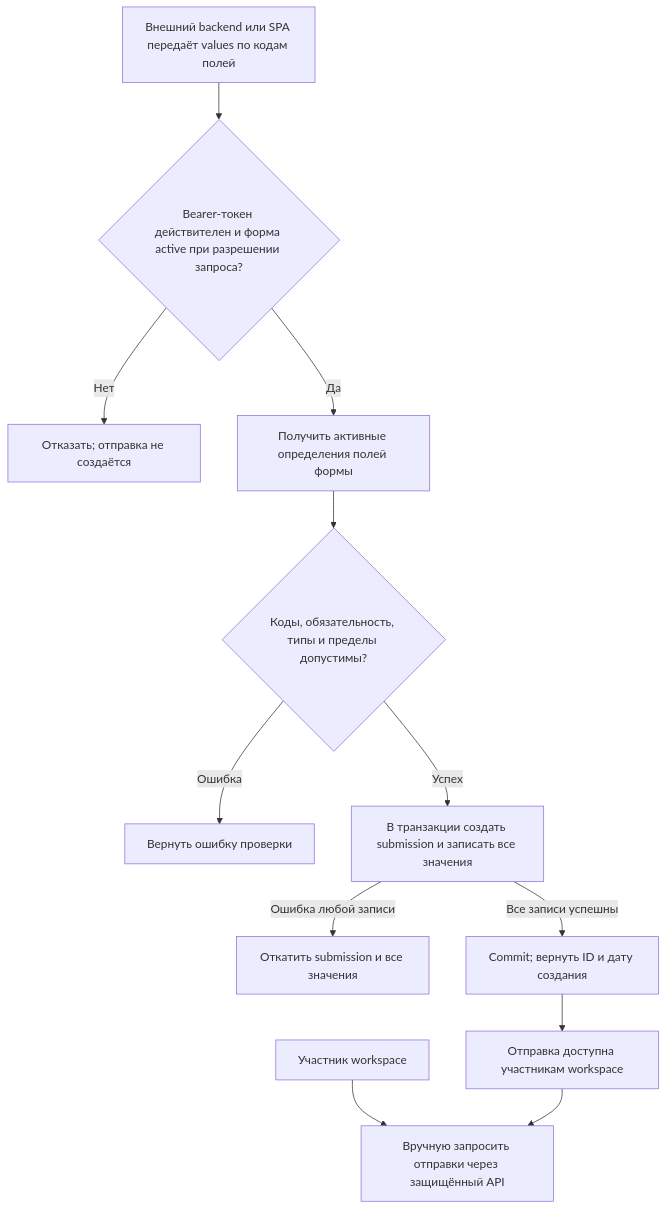
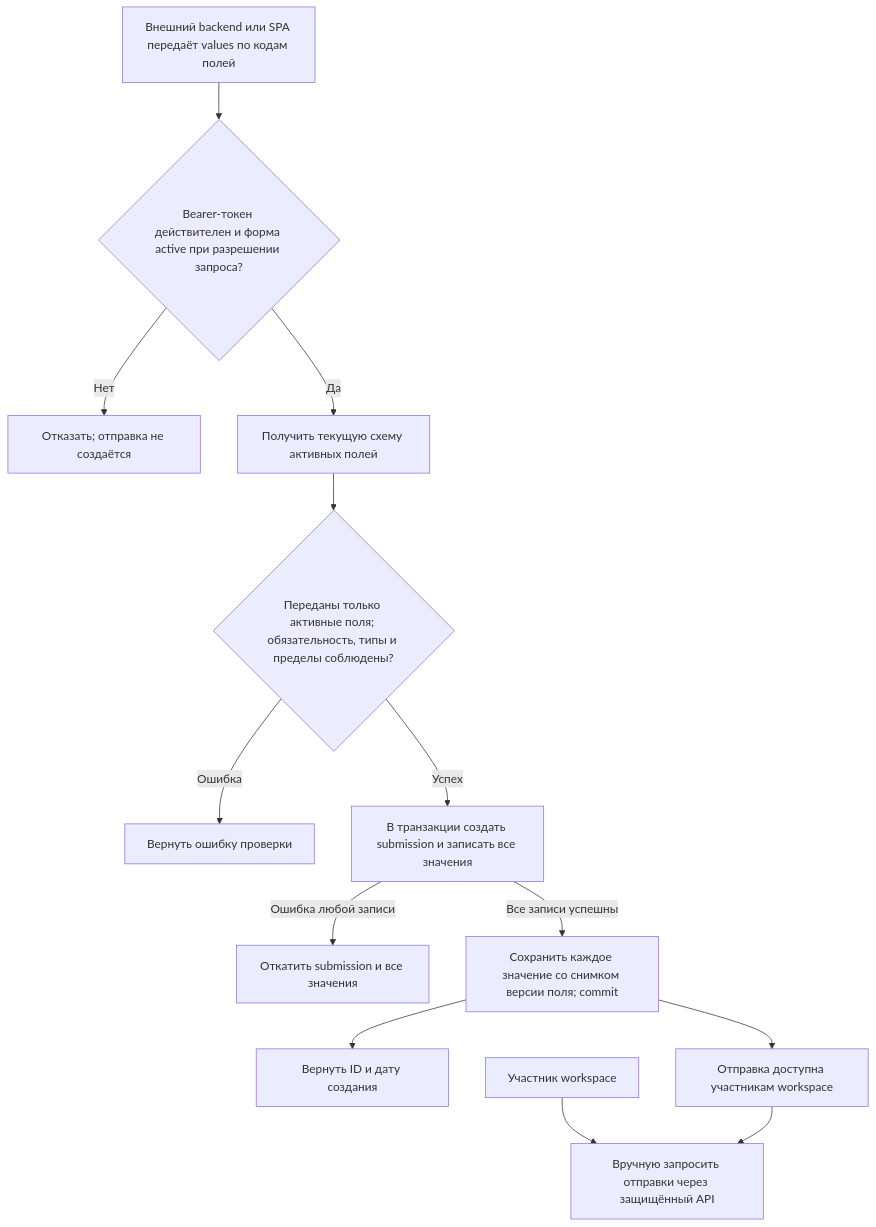
One commit to sholokhov-daniil/formflow-api changed the third of 3 diagrams in docs/business-logic/submissions.md. Above: the diagram before and after it, drawn with Mermaid. The commit also changed other lines of this file and 26 other files, not shown here.

Commit message:
work(form): Добавлена проверка активности формы и полей при обработке получения значений формы пользователей

````diff
--- a/docs/business-logic/submissions.md
+++ b/docs/business-logic/submissions.md
@@ -34,14 +34,15 @@
 ```mermaid
 flowchart TD
     Client["Внешний backend или SPA передаёт values по кодам полей"] --> Token{"Bearer-токен действителен и форма active при разрешении запроса?"}
     Token -->|Нет| Denied["Отказать; отправка не создаётся"]
-    Token -->|Да| Resolve["Получить активные определения полей формы"]
-    Resolve --> Validate{"Коды, обязательность, типы и пределы допустимы?"}
+    Token -->|Да| Resolve["Получить текущую схему активных полей"]
+    Resolve --> Validate{"Переданы только активные поля; обязательность, типы и пределы соблюдены?"}
     Validate -->|Ошибка| Invalid["Вернуть ошибку проверки"]
     Validate -->|Успех| Save["В транзакции создать submission и записать все значения"]
     Save -->|Ошибка любой записи| Rollback["Откатить submission и все значения"]
-    Save -->|Все записи успешны| Commit["Commit; вернуть ID и дату создания"]
+    Save -->|Все записи успешны| Commit["Сохранить каждое значение со снимком версии поля; commit"]
+    Commit --> Result["Вернуть ID и дату создания"]
     Commit --> Stored["Отправка доступна участникам workspace"]
     Operator["Участник workspace"] --> Read["Вручную запросить отправки через защищённый API"]
     Stored --> Read
 ```
````
